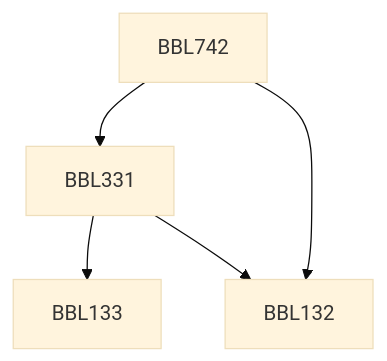
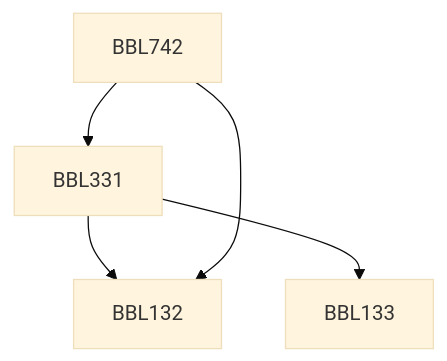
The diagram in content/Biochemical Engineering and Biotechnology/BBL742.md (KeshavBansal0122/CoS_Website), drawn with Mermaid (base theme) before and after one commit. The commit also changed other lines of this file and 2662 other files, not shown here.

````diff
--- a/content/Biochemical Engineering and Biotechnology/BBL742.md
+++ b/content/Biochemical Engineering and Biotechnology/BBL742.md
@@ -13,11 +13,11 @@
 ```mermaid
 flowchart TD
 BBL742-1297[BBL742]
 BBL331-1297 --> BBL133-1297[BBL133]
 BBL331-1297 --> BBL132-1297[BBL132]
+BBL742-1297 --> BBL132-1297[BBL132]
 BBL742-1297 --> BBL331-1297[BBL331]
-BBL742-1297 --> BBL132-1297[BBL132]
 
 classDef empty height:17px, fill:transparent, stroke:transparent;
 classDef trueEmpty height:0px, width:0px;
 ```
````
